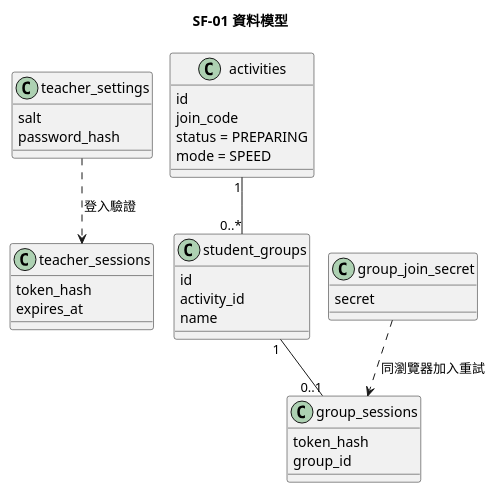
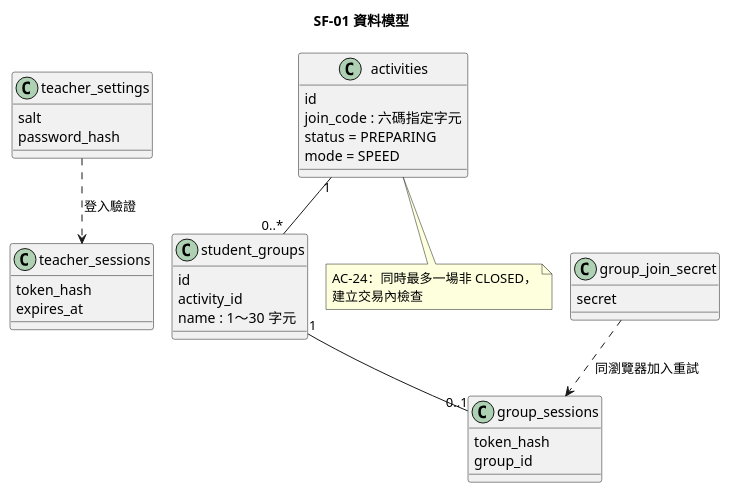
The diagram in diagrams/001-activity-groups-class.puml (tom1030507/classroom-buzzer-system-speckit), drawn with PlantUML before and after one commit. The commit also changed 8 other files, not shown here.

Commit message:
docs(diagrams): show the AC-24 limits in SF-01 and system diagrams

```diff
--- a/diagrams/001-activity-groups-class.puml
+++ b/diagrams/001-activity-groups-class.puml
@@ -1,35 +1,39 @@
 @startuml
 !pragma layout smetana
 skinparam shadowing false
 title SF-01 資料模型
 class "teacher_settings" as Settings {
   salt
   password_hash
 }
 class "teacher_sessions" as TeacherSession {
   token_hash
   expires_at
 }
 class "activities" as Activity {
   id
-  join_code
+  join_code : 六碼指定字元
   status = PREPARING
   mode = SPEED
 }
 class "student_groups" as StudentGroup {
   id
   activity_id
-  name
+  name : 1～30 字元
 }
 class "group_sessions" as GroupSession {
   token_hash
   group_id
 }
 class "group_join_secret" as JoinSecret {
   secret
 }
 JoinSecret ..> GroupSession : 同瀏覽器加入重試
 Settings ..> TeacherSession : 登入驗證
 Activity "1" -- "0..*" StudentGroup
+note bottom of Activity
+  AC-24：同時最多一場非 CLOSED，
+  建立交易內檢查
+end note
 StudentGroup "1" -- "0..1" GroupSession
 @enduml
```
